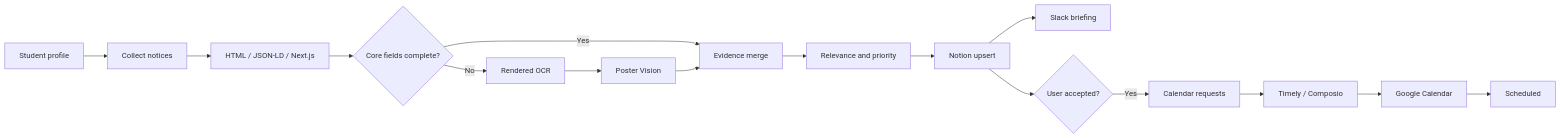
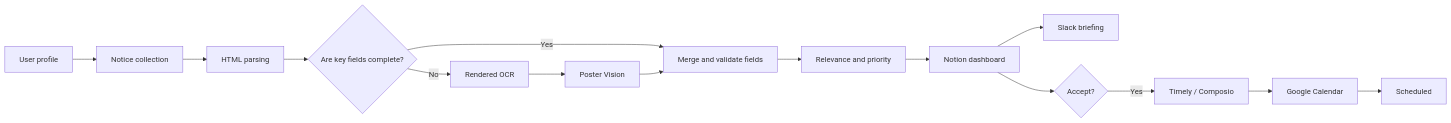
Before and after one commit to CHOIGIBUM/campus-mate-ai-agent: the diagram in README.en.md, drawn with Mermaid. The commit also changed other lines of this file and 3 other files, not shown here.

````diff
--- a/README.en.md
+++ b/README.en.md
@@ -138,18 +74,17 @@
 ```mermaid
 flowchart LR
-    P[Student profile] --> C[Collect notices]
-    C --> H[HTML / JSON-LD / Next.js]
-    H --> Q{Core fields complete?}
+    P[User profile] --> C[Notice collection]
+    C --> H[HTML parsing]
+    H --> Q{Are key fields complete?}
     Q -- No --> O[Rendered OCR]
     O --> V[Poster Vision]
-    Q -- Yes --> M[Evidence merge]
+    Q -- Yes --> M[Merge and validate fields]
     V --> M
     M --> R[Relevance and priority]
-    R --> N[Notion upsert]
+    R --> N[Notion dashboard]
     N --> S[Slack briefing]
-    N --> A{User accepted?}
-    A -- Yes --> G[Calendar requests]
-    G --> T[Timely / Composio]
-    T --> GC[Google Calendar]
-    GC --> ST[Scheduled]
+    N --> A{Accept?}
+    A -- Yes --> T[Timely / Composio]
+    T --> G[Google Calendar]
+    G --> D[Scheduled]
 ```
````
